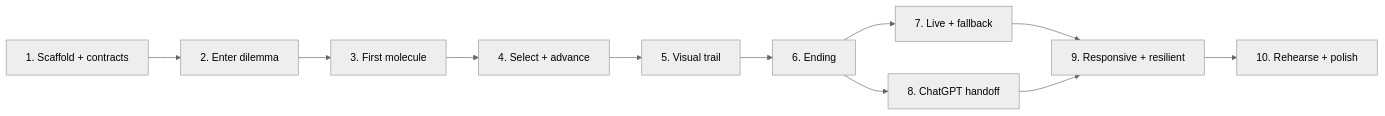
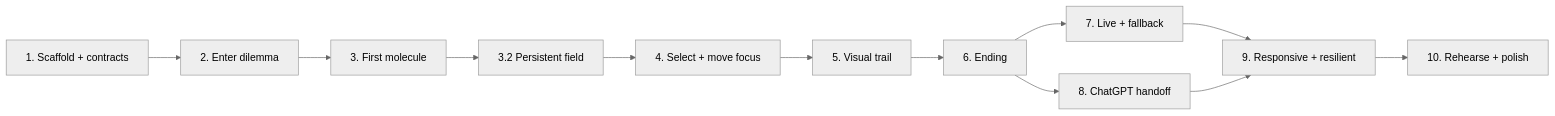
The diagram in docs/05-build-plan.md (jotaefejota/hmm), drawn with Mermaid (neutral theme) before and after one commit. The commit also changed other lines of this file and 23 other files, not shown here.

````diff
--- a/docs/05-build-plan.md
+++ b/docs/05-build-plan.md
@@ -689,13 +733,14 @@
 ```mermaid
 flowchart LR
     A["1. Scaffold + contracts"] --> B["2. Enter dilemma"]
     B --> C["3. First molecule"]
-    C --> D["4. Select + advance"]
+    C --> C2["3.2 Persistent field"]
+    C2 --> D["4. Select + move focus"]
     D --> E["5. Visual trail"]
     E --> F["6. Ending"]
     F --> G["7. Live + fallback"]
     F --> H["8. ChatGPT handoff"]
     G --> I["9. Responsive + resilient"]
     H --> I
     I --> J["10. Rehearse + polish"]
 ```
````
